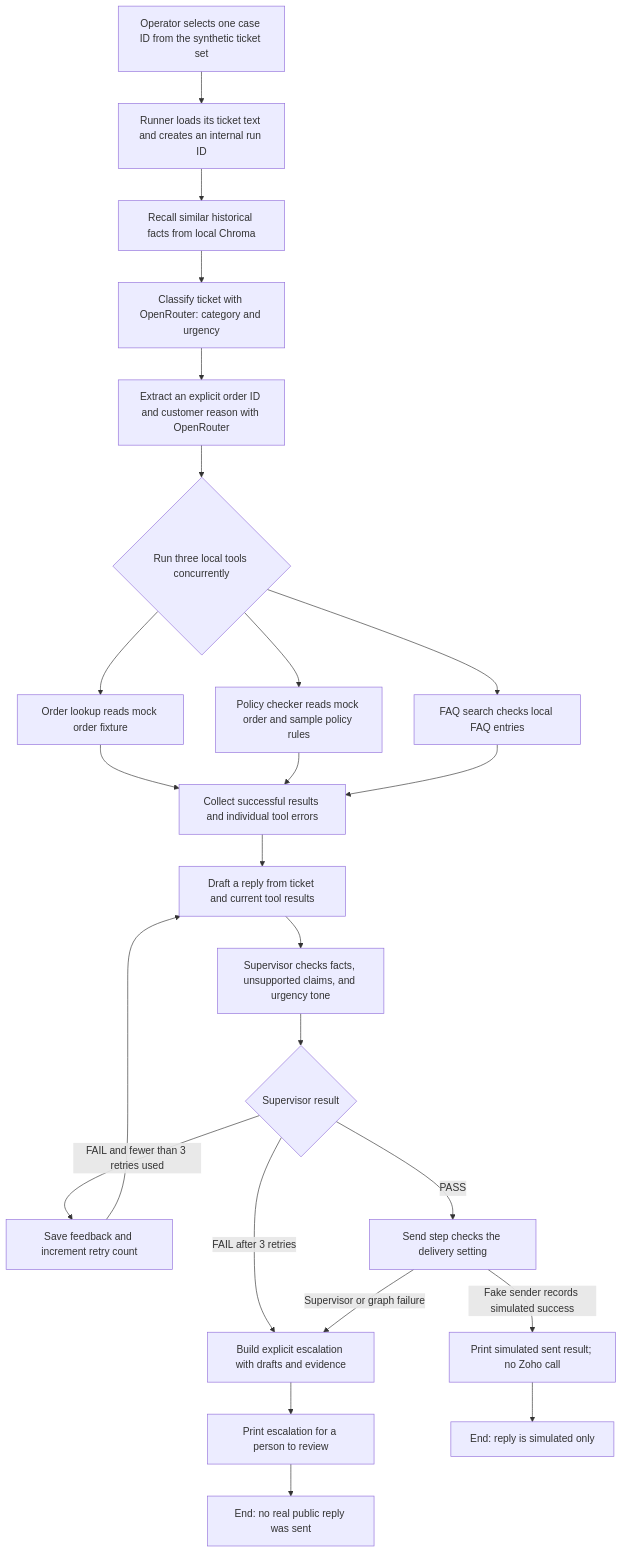
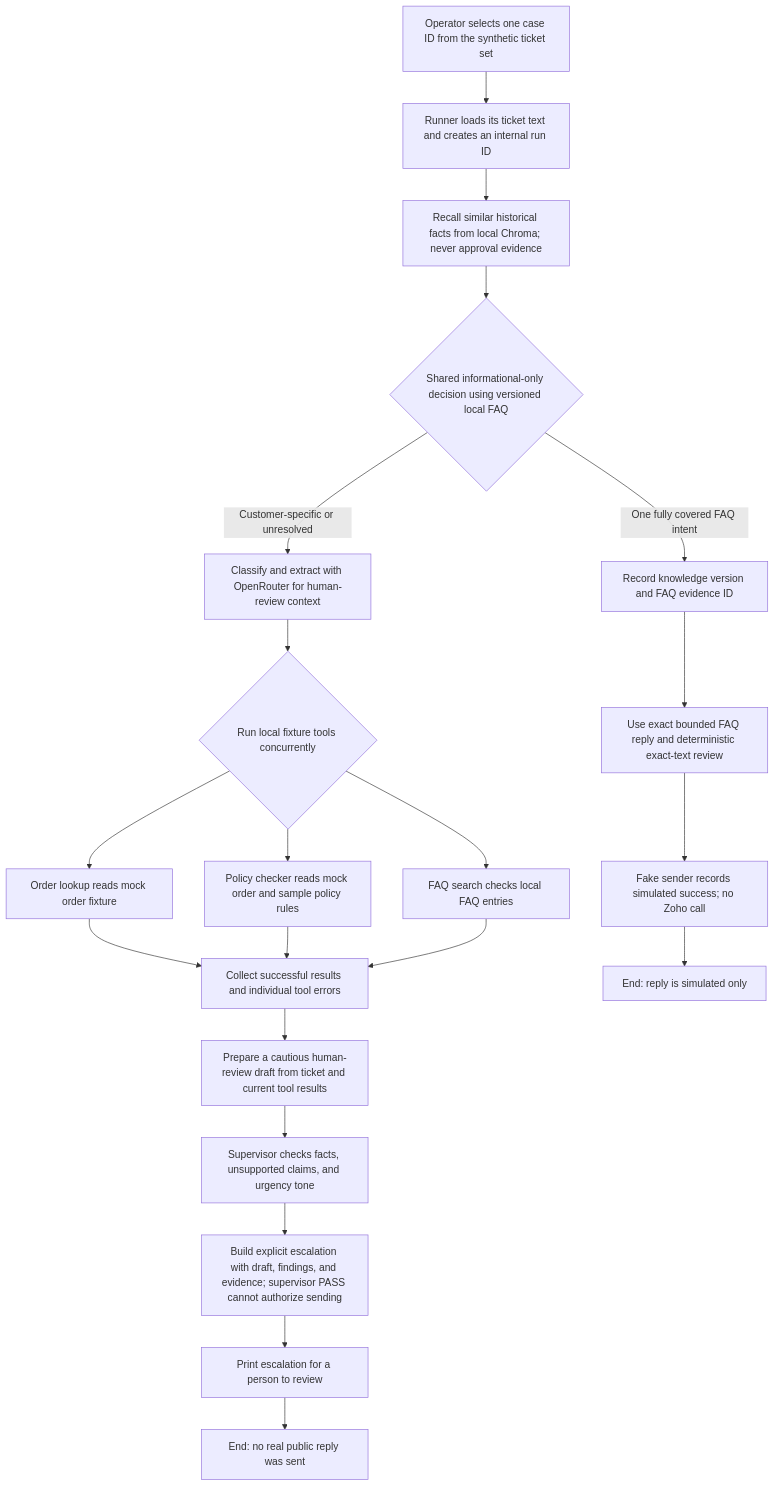
Before and after one commit to brajeshkumar7/Customer-support-ticket-triage-and-draft-response-agent: the first of 3 diagrams in flow.md, drawn with Mermaid. The commit also changed other lines of this file and 66 other files, not shown here.

````diff
--- a/flow.md
+++ b/flow.md
@@ -77,26 +80,23 @@
 ```mermaid
 flowchart TD
     A[Operator selects one case ID from the synthetic ticket set] --> B[Runner loads its ticket text and creates an internal run ID]
-    B --> C[Recall similar historical facts from local Chroma]
-    C --> D[Classify ticket with OpenRouter: category and urgency]
-    D --> E[Extract an explicit order ID and customer reason with OpenRouter]
-    E --> F{Run three local tools concurrently}
+    B --> C[Recall similar historical facts from local Chroma; never approval evidence]
+    C --> D{Shared informational-only decision using versioned local FAQ}
+    D -->|One fully covered FAQ intent| K[Record knowledge version and FAQ evidence ID]
+    K --> R[Use exact bounded FAQ reply and deterministic exact-text review]
+    R --> U[Fake sender records simulated success; no Zoho call]
+    D -->|Customer-specific or unresolved| E[Classify and extract with OpenRouter for human-review context]
+    E --> F{Run local fixture tools concurrently}
     F --> G[Order lookup reads mock order fixture]
     F --> H[Policy checker reads mock order and sample policy rules]
     F --> I[FAQ search checks local FAQ entries]
     G --> J[Collect successful results and individual tool errors]
     H --> J
     I --> J
-    J --> K[Draft a reply from ticket and current tool results]
-    K --> L[Supervisor checks facts, unsupported claims, and urgency tone]
-    L --> M{Supervisor result}
-    M -->|FAIL and fewer than 3 retries used| N[Save feedback and increment retry count]
-    N --> K
-    M -->|FAIL after 3 retries| Q[Build explicit escalation with drafts and evidence]
-    M -->|PASS| R[Send step checks the delivery setting]
-    R -->|Fake sender records simulated success| U[Print simulated sent result; no Zoho call]
-    R -->|Supervisor or graph failure| Q
+    J --> L[Prepare a cautious human-review draft from ticket and current tool results]
+    L --> M[Supervisor checks facts, unsupported claims, and urgency tone]
+    M --> Q[Build explicit escalation with draft, findings, and evidence; supervisor PASS cannot authorize sending]
+    U --> V[End: reply is simulated only]
     Q --> S[Print escalation for a person to review]
     S --> T[End: no real public reply was sent]
-    U --> V[End: reply is simulated only]
 ```
````
